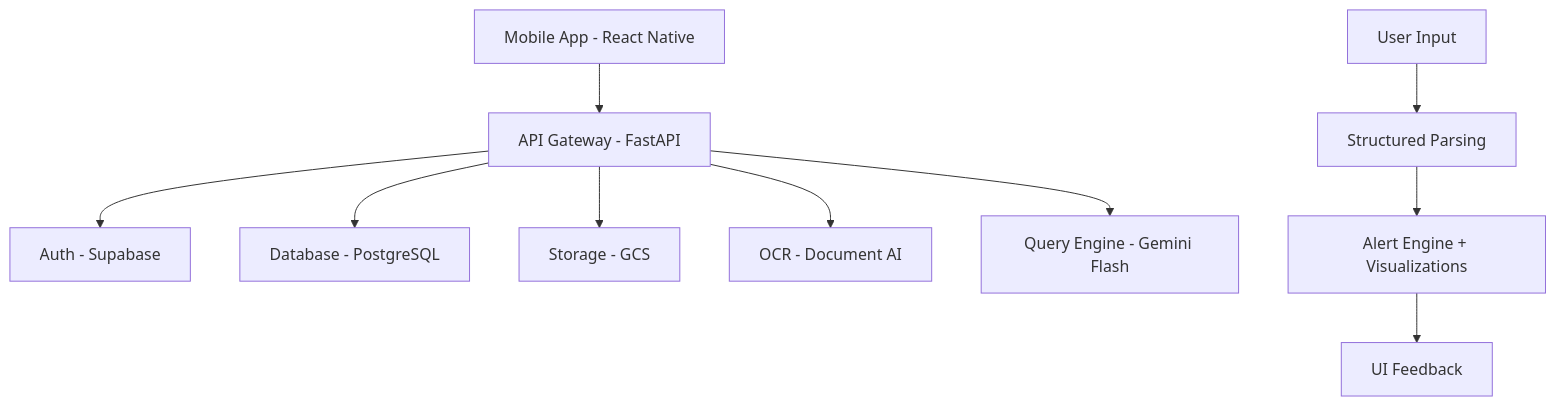
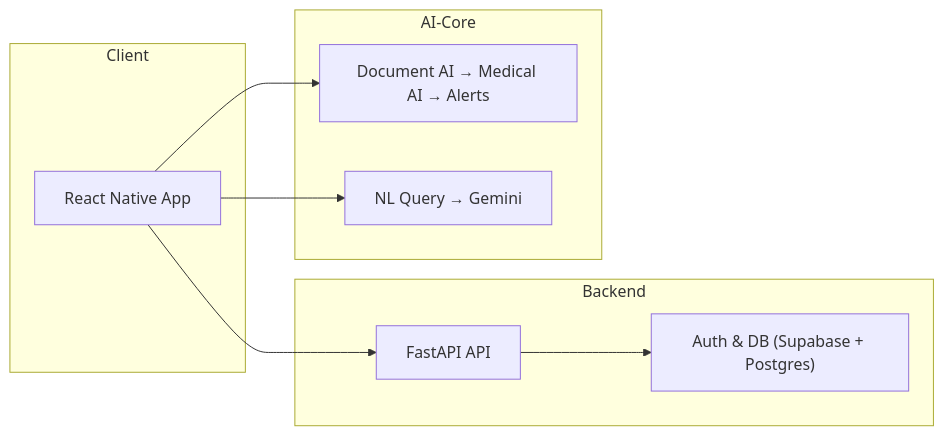
The diagram in README.md (harshvardhanchand/MediMind), drawn with Mermaid before and after one commit. The commit also changed other lines of this file, not shown here.

````diff
--- a/README.md
+++ b/README.md
@@ -47,12 +48,20 @@
 ```mermaid
-graph TB
-    A[Mobile App - React Native] --> B[API Gateway - FastAPI]
-    B --> C[Auth - Supabase]
-    B --> D[Database - PostgreSQL]
-    B --> E[Storage - GCS]
-    B --> F[OCR - Document AI]
-    B --> G[Query Engine - Gemini Flash]
-    H[User Input] --> I[Structured Parsing]
-    I --> J[Alert Engine + Visualizations]
-    J --> K[UI Feedback]
+graph LR
+    subgraph Client
+        A[" React Native App"]
+    end
+    subgraph Backend
+        B["FastAPI API"]
+        C["Auth & DB (Supabase + Postgres)"]
+    end
+    subgraph AI-Core
+        D["Document AI → Medical AI → Alerts"]
+        E["NL Query → Gemini"]
+    end
+
+    A --> B
+    B --> C
+    A --> D
+    A --> E
+
 ```
````
